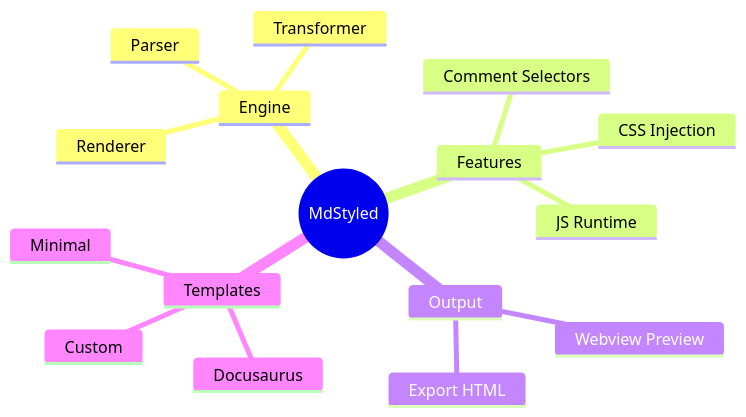
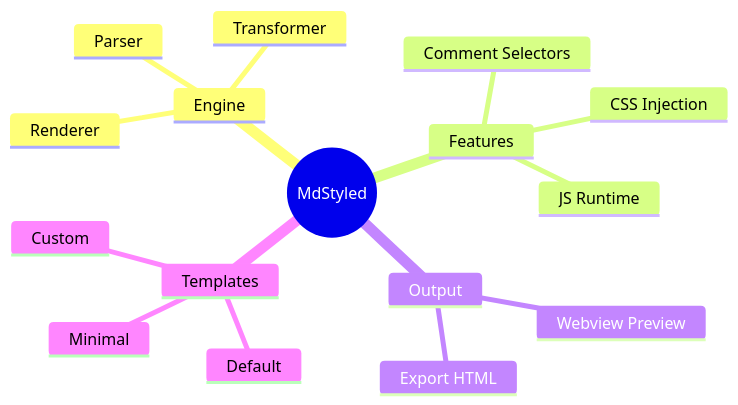
One commit to OsamaAbuSitta/MDStyled changed the ninth of 9 diagrams in samples/test-diagram.md. Above: the diagram before and after it, drawn with Mermaid. The commit also changed other lines of this file and 14 other files, not shown here.

````diff
--- a/samples/test-diagram.md
+++ b/samples/test-diagram.md
@@ -163,19 +163,19 @@
 ```mermaid
 mindmap
   root((MdStyled))
     Engine
       Parser
       Transformer
       Renderer
     Features
       Comment Selectors
       CSS Injection
       JS Runtime
     Output
       Webview Preview
       Export HTML
     Templates
-      Docusaurus
+      Default
       Minimal
       Custom
 ```
````
